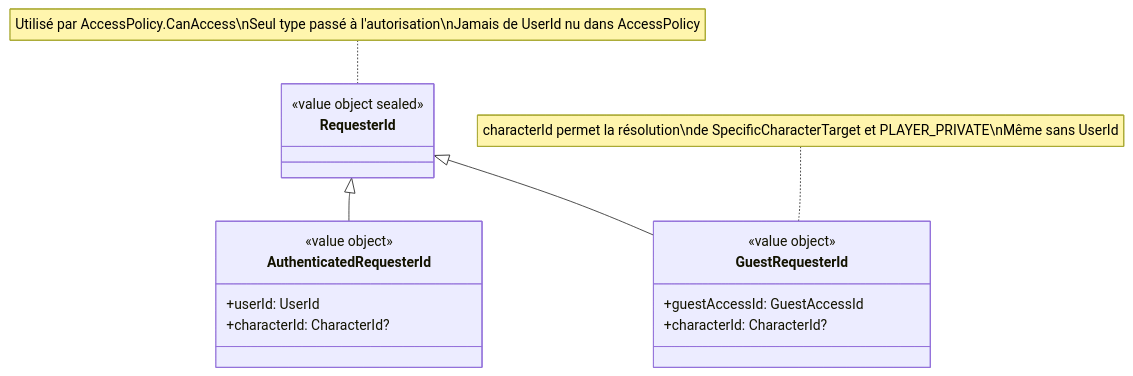
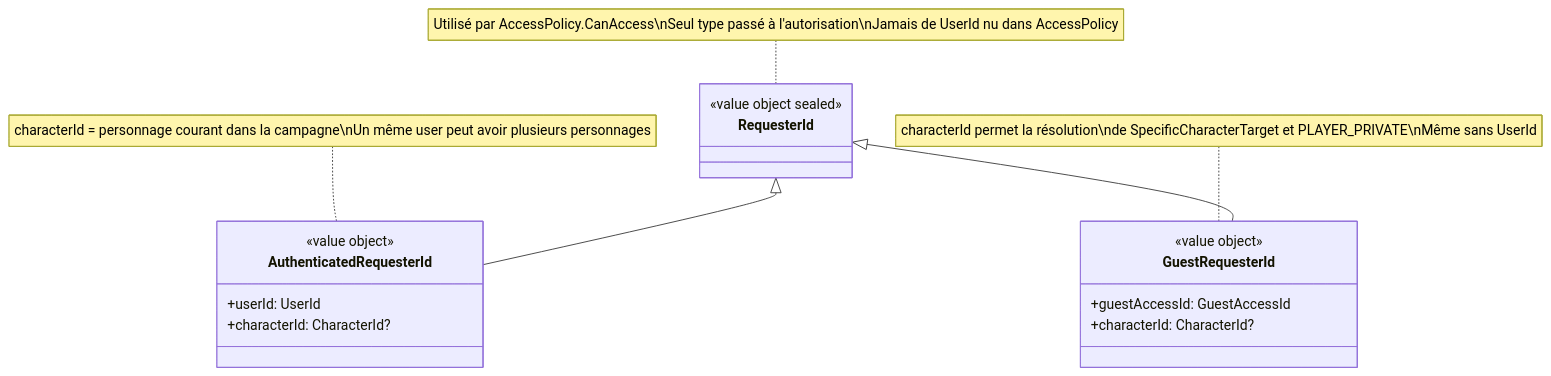
The diagram in docs/conception/classes/shared-kernel.md (2025-10-CDA-ECO-P6/PM-micro-saas), drawn with Mermaid before and after one commit. The commit also changed 102 other files, not shown here.

Commit message:
docs: update data and class diagrams to align with domain refactoring

````diff
--- a/docs/conception/classes/shared-kernel.md
+++ b/docs/conception/classes/shared-kernel.md
@@ -7,21 +7,22 @@
 ```mermaid
 classDiagram
     direction TB
     class RequesterId {
         <<value object sealed>>
     }
     class AuthenticatedRequesterId {
         <<value object>>
         +userId: UserId
         +characterId: CharacterId?
     }
     class GuestRequesterId {
         <<value object>>
         +guestAccessId: GuestAccessId
         +characterId: CharacterId?
     }
     RequesterId <|-- AuthenticatedRequesterId
     RequesterId <|-- GuestRequesterId
     note for RequesterId "Utilisé par AccessPolicy.CanAccess\nSeul type passé à l'autorisation\nJamais de UserId nu dans AccessPolicy"
+    note for AuthenticatedRequesterId "characterId = personnage courant dans la campagne\nUn même user peut avoir plusieurs personnages"
     note for GuestRequesterId "characterId permet la résolution\nde SpecificCharacterTarget et PLAYER_PRIVATE\nMême sans UserId"
 ```
````
